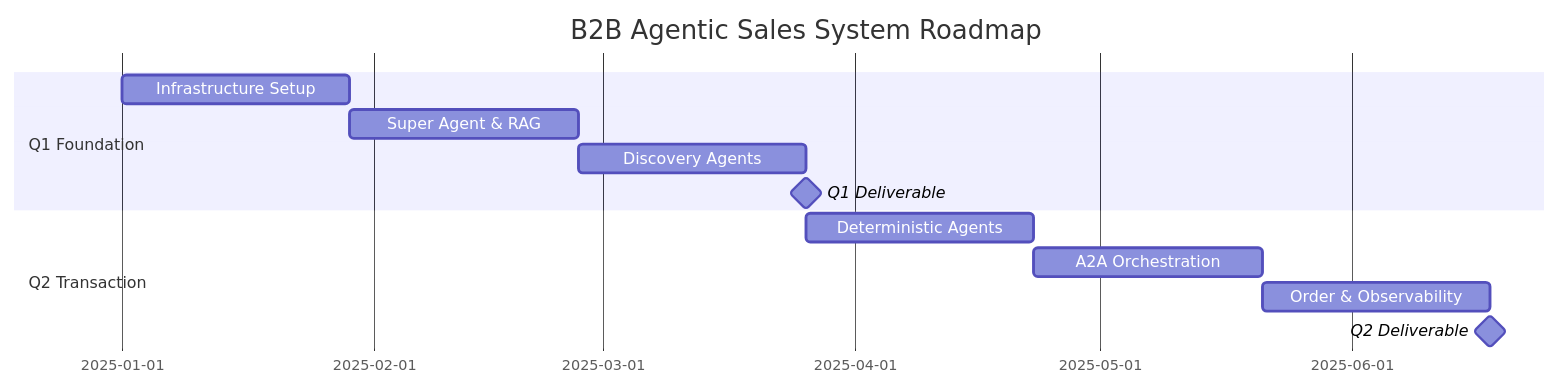
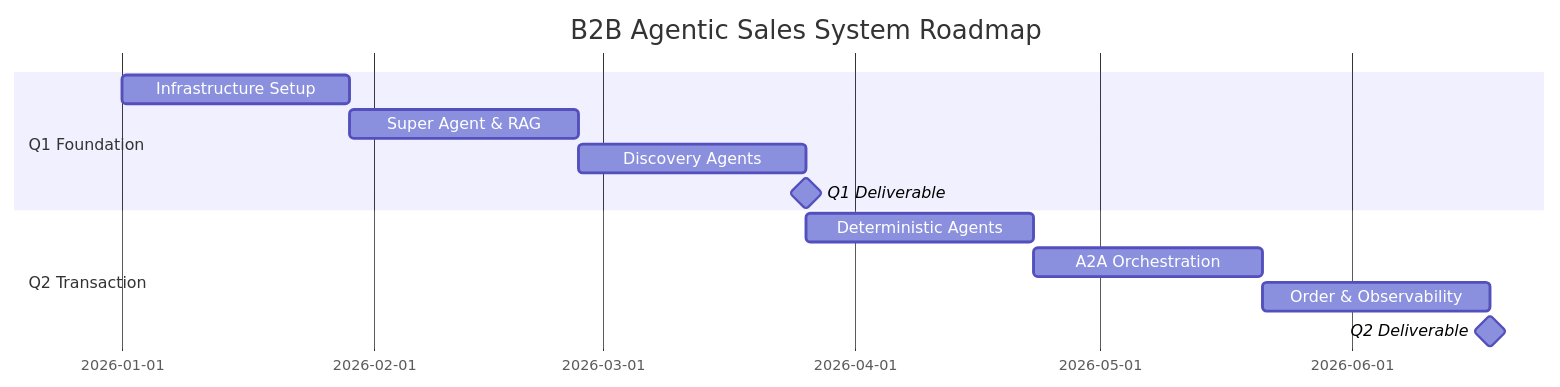
Before and after one commit to sudhamanc/ConversationalSalesAgent: the ninth of 9 diagrams in README.md, drawn with Mermaid. The commit also changed other lines of this file and 2 other files, not shown here.

````diff
--- a/README.md
+++ b/README.md
@@ -912,17 +651,17 @@
 ```mermaid
 gantt
     title B2B Agentic Sales System Roadmap
     dateFormat YYYY-MM-DD
     
     section Q1 Foundation
-    Infrastructure Setup    :a1, 2025-01-01, 4w
+    Infrastructure Setup    :a1, 2026-01-01, 4w
     Super Agent & RAG       :a2, after a1, 4w
     Discovery Agents        :a3, after a2, 4w
     Q1 Deliverable          :milestone, m1, after a3, 0d
     
     section Q2 Transaction
     Deterministic Agents    :b1, after a3, 4w
     A2A Orchestration       :b2, after b1, 4w
     Order & Observability   :b3, after b2, 4w
     Q2 Deliverable          :milestone, m2, after b3, 0d
 ```
````
